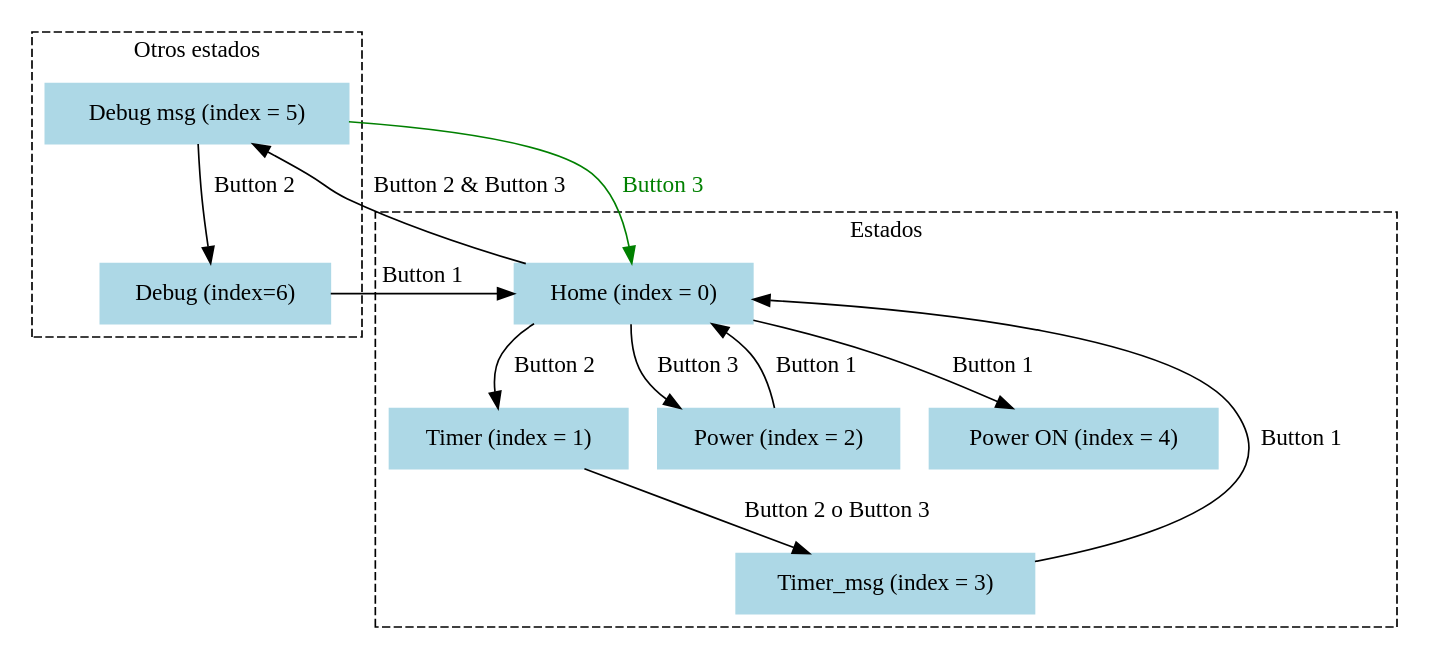
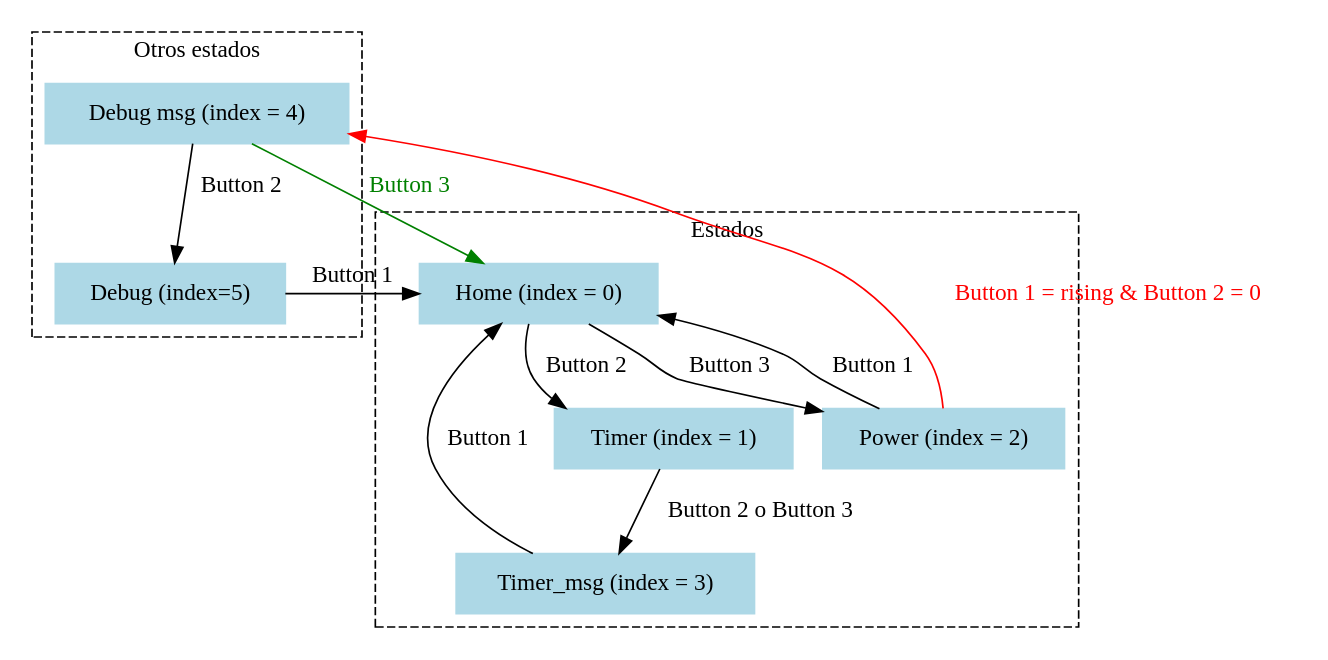
The diagram in fsm_Menu.dot (balibrea/ind_heater_4550), drawn with Graphviz before and after one commit. The commit also changed 7 other files, not shown here.

```diff
--- a/fsm_Menu.dot
+++ b/fsm_Menu.dot
@@ -1,41 +1,40 @@
 //.\dot.exe -Tpng -o .\test.png -Gdpi=300 .\fsm_Menu.dot
 //
 
 digraph MenuStateMachine{
     //Define los nodos con colores y formas especificos
     node [shape=rectangle, style=filled, color=lightblue, fontcolor=black];
 
     //subgrafo para alinear parcialmente los nodos
     subgraph cluster_0 {
         label = "Estados";
         style = dashed;
 
         Home [label="Home (index = 0)"];
         Timer [label="Timer (index = 1)"];
         Power [label="Power (index = 2)"];
         Timer_msg [label="Timer_msg (index = 3)"];
-        Power_on [label="Power ON (index = 4)"];
     }
 
     subgraph cluster_1 {
          label = "Otros estados";
          style = dashed;
 
-         Debug [label="Debug (index=6)"];
-         Debug_msg [label="Debug msg (index = 5)"];
+         Debug [label="Debug (index=5)"];
+         Debug_msg [label="Debug msg (index = 4)"];
     }
 
     // Define las conexiones entre nodos
     Home -> Timer [label="Button 2"];
     Home -> Power [label="Button 3"];
-    Home -> Power_on [label="Button 1"];
-    Home -> Debug_msg [label="Button 2 & Button 3"];
+    //~ Home -> Debug_msg [label="Button 2 & Button 3"];
+    Power -> Debug_msg [label="Button 1 = rising & Button 2 = 0", color=red, fontcolor=red];
     Debug_msg -> Debug [label = "Button 2"];
     Debug_msg -> Home [label = "Button 3", color=green, fontcolor=green];
     Debug -> Home [label = "Button 1"];
 
     Timer -> Timer_msg [label = "Button 2 o Button 3"];
     Timer_msg -> Home [label = "Button 1"];
 
     Power -> Home [label = "Button 1"];
 }
```
